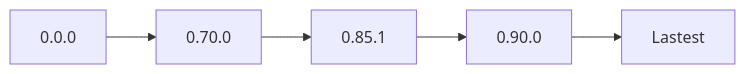
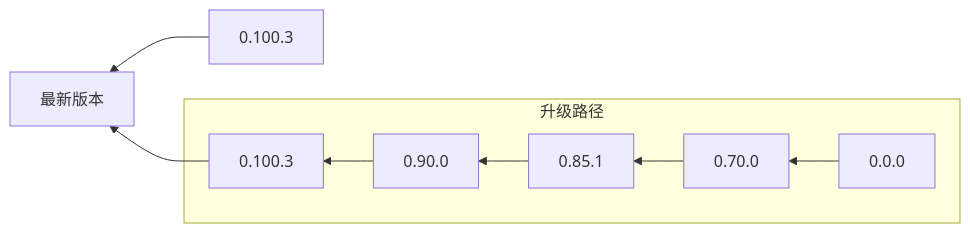
Before and after one commit to zmjack/NStandard: the diagram in README.zh.md, drawn with Mermaid. The commit also changed other lines of this file and 72 other files, not shown here.

````diff
--- a/README.zh.md
+++ b/README.zh.md
@@ -48,4 +48,8 @@
 ```mermaid
-graph LR
-0.0.0 --> 0.70.0 --> 0.85.1 --> 0.90.0 --> Lastest
+graph RL
+0.100.3 --> 最新版本
+0.100.3L --> 最新版本
+subgraph 升级路径
+0.0.0 --> 0.70.0 --> 0.85.1 --> 0.90.0 --> 0.100.3L[0.100.3]
+end
 ```
````
